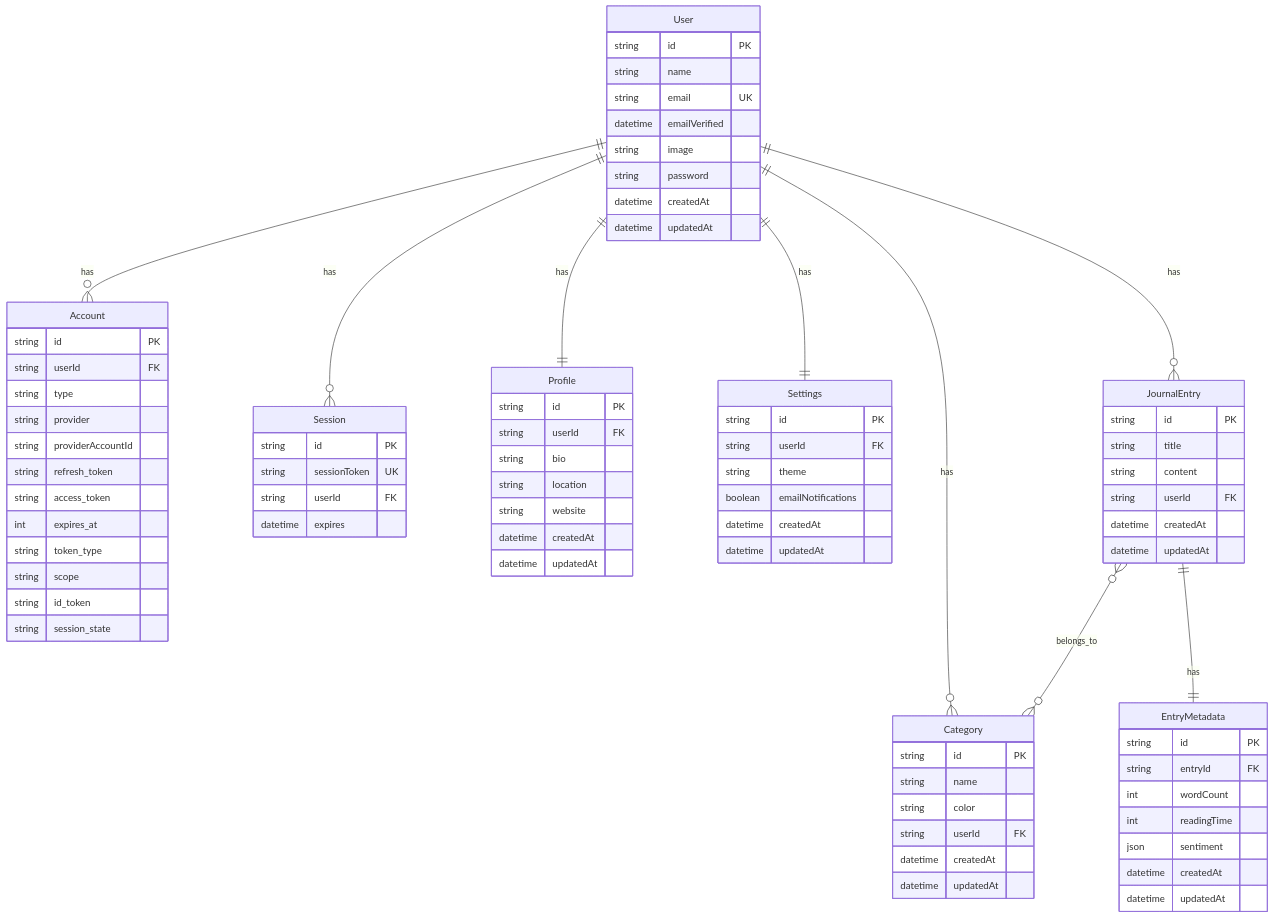
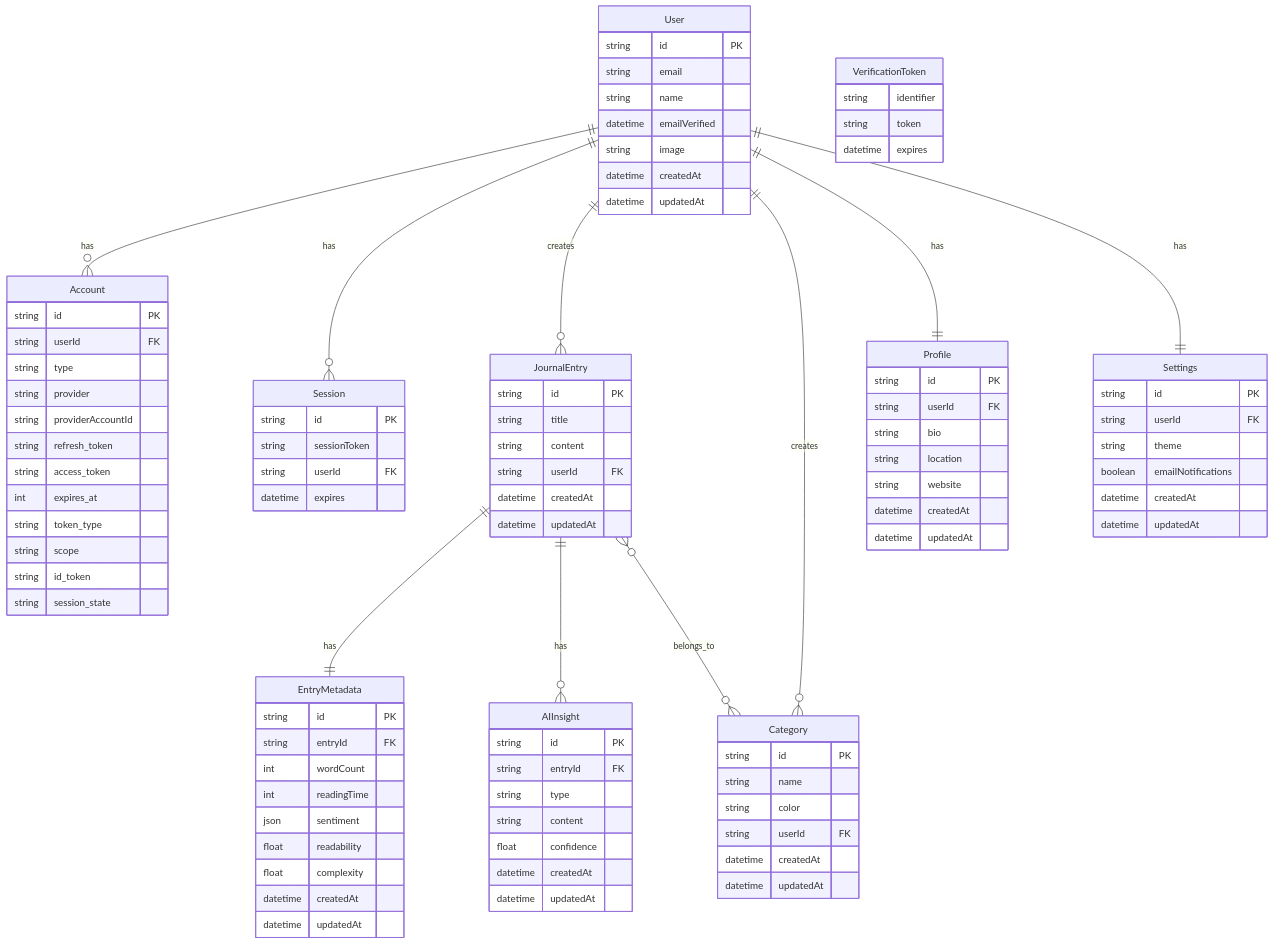
Before and after one commit to victorkiambi/personal-journaling-app: the diagram in DATABASE_DIAGRAM.md, drawn with Mermaid. The commit also changed other lines of this file and 6 other files, not shown here.

````diff
--- a/DATABASE_DIAGRAM.md
+++ b/DATABASE_DIAGRAM.md
@@ -3,23 +3,14 @@
 ```mermaid
 erDiagram
-    User ||--o{ Account : has
-    User ||--o{ Session : has
-    User ||--|| Profile : has
-    User ||--|| Settings : has
-    User ||--o{ Category : has
-    User ||--o{ JournalEntry : has
-
     User {
         string id PK
+        string email
         string name
-        string email UK
         datetime emailVerified
         string image
-        string password
         datetime createdAt
         datetime updatedAt
     }
-
     Account {
         string id PK
         string userId FK
@@ -34,14 +25,33 @@
         string id_token
         string session_state
     }
-
     Session {
         string id PK
-        string sessionToken UK
+        string sessionToken
         string userId FK
         datetime expires
     }
-
+    VerificationToken {
+        string identifier
+        string token
+        datetime expires
+    }
+    JournalEntry {
+        string id PK
+        string title
+        string content
+        string userId FK
+        datetime createdAt
+        datetime updatedAt
+    }
+    Category {
+        string id PK
+        string name
+        string color
+        string userId FK
+        datetime createdAt
+        datetime updatedAt
+    }
     Profile {
         string id PK
         string userId FK
@@ -51,44 +61,42 @@
         datetime createdAt
         datetime updatedAt
     }
-
     Settings {
         string id PK
-        string userId FK 
+        string userId FK
         string theme
         boolean emailNotifications
         datetime createdAt
         datetime updatedAt
     }
-
-    Category {
+    EntryMetadata {
         string id PK
-        string name
-        string color
-        string userId FK
+        string entryId FK
+        int wordCount
+        int readingTime
+        json sentiment
+        float readability
+        float complexity
+        datetime createdAt
+        datetime updatedAt
+    }
+    AIInsight {
+        string id PK
+        string entryId FK
+        string type
+        string content
+        float confidence
         datetime createdAt
         datetime updatedAt
     }
 
-    JournalEntry {
-        string id PK
-        string title
-        string content
-        string userId FK
-        datetime createdAt
-        datetime updatedAt
-    }
-
-    EntryMetadata {
-        string id PK
-        string entryId FK 
-        int wordCount
-        int readingTime
-        json sentiment
-        datetime createdAt
-        datetime updatedAt
-    }
-
+    User ||--o{ Account : has
+    User ||--o{ Session : has
+    User ||--o{ JournalEntry : creates
+    User ||--o{ Category : creates
+    User ||--|| Profile : has
+    User ||--|| Settings : has
     JournalEntry ||--|| EntryMetadata : has
+    JournalEntry ||--o{ AIInsight : has
     JournalEntry }o--o{ Category : belongs_to
 ``` 
````
